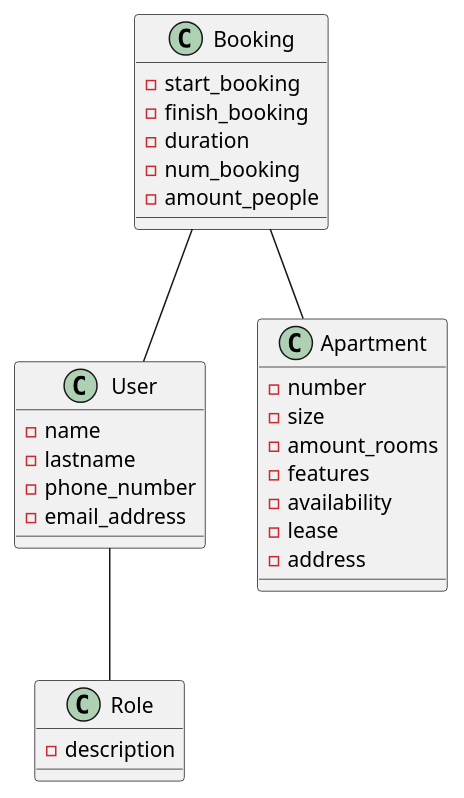
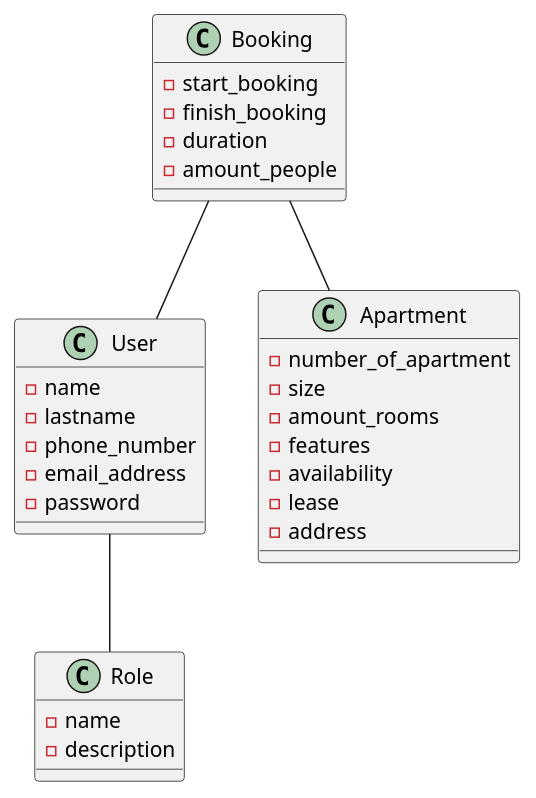
Before and after one commit to gvrl1/sistema-alquileres: the diagram in doc/sist-alquileres.puml, drawn with PlantUML. The commit also changed 15 other files, not shown here.

```diff
--- a/doc/sist-alquileres.puml
+++ b/doc/sist-alquileres.puml
@@ -1,36 +1,37 @@
 @startuml sistema-alquileres
 
 class User {
     - name
     - lastname
     - phone_number
     - email_address
+    - password
 }
 
 class Role {
+    - name
     - description
 }
 
 class Booking {
     - start_booking
     - finish_booking
     - duration
-    - num_booking
     - amount_people
 }
 
 class Apartment {
-    - number
+    - number_of_apartment
     - size
     - amount_rooms
     - features
     - availability
     - lease
     - address
 }
 
 Booking -- User
 Booking -- Apartment
 User -- Role
 
 @enduml
```
